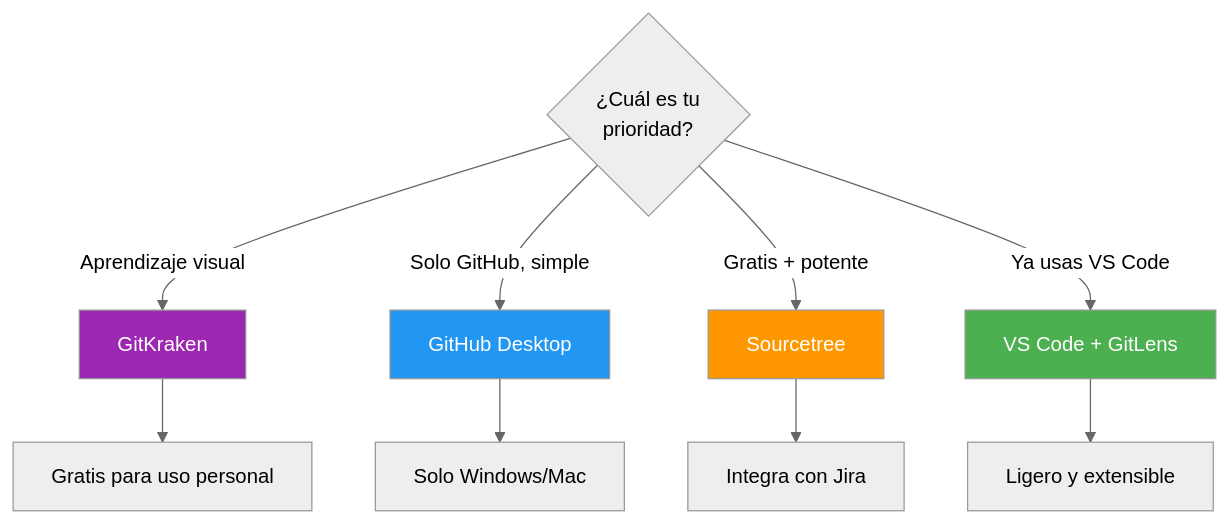
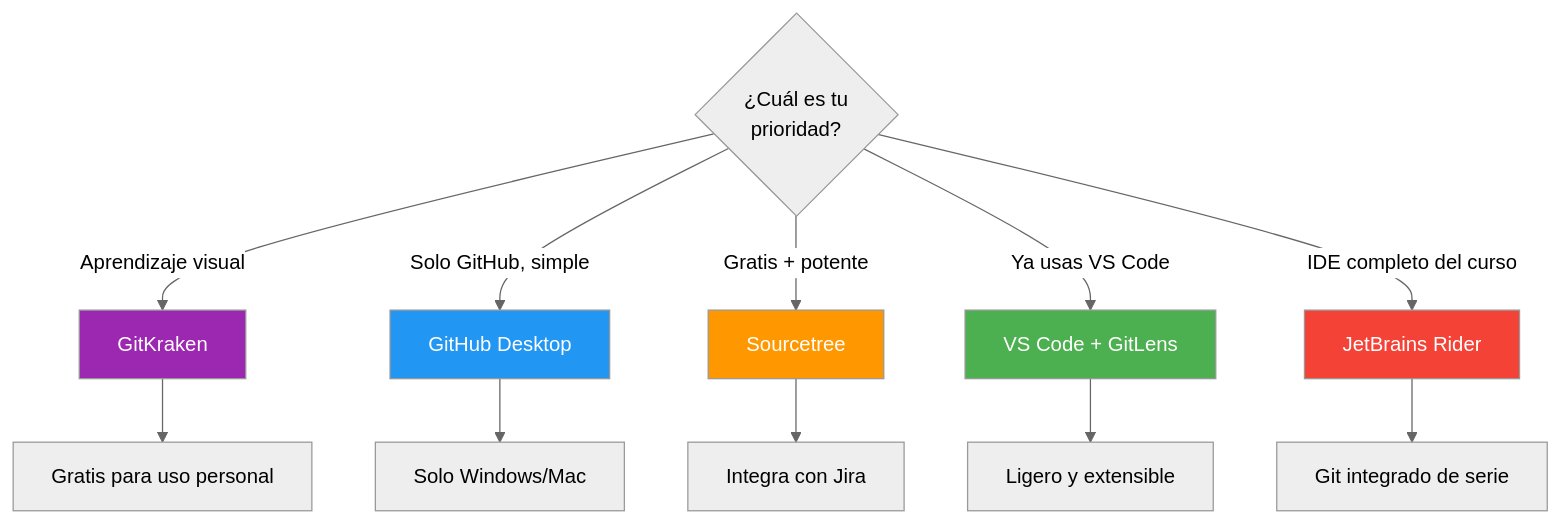
Before and after one commit to joseluisgs/EntornosDesarrollo-03-2026-2027: the first of 5 diagrams in 05-herramientas.md, drawn with Mermaid (neutral theme). The commit also changed other lines of this file and 31 other files, not shown here.

Commit message:
[docs] UD03: Ampliar el punto 5 de Herramientas con capturas de GitKraken, VS Code y Rider

````diff
--- a/05-herramientas.md
+++ b/05-herramientas.md
@@ -148,18 +332,21 @@
 ```mermaid
 flowchart TD
     A{¿Cuál es tu<br/>prioridad?}
     A -->|Aprendizaje visual| B[GitKraken]
     A -->|Solo GitHub, simple| C[GitHub Desktop]
     A -->|Gratis + potente| D[Sourcetree]
     A -->|Ya usas VS Code| E[VS Code + GitLens]
+    A -->|IDE completo del curso| J[JetBrains Rider]
 
     B --> F[Gratis para uso personal]
     C --> G[Solo Windows/Mac]
     D --> H[Integra con Jira]
     E --> I[Ligero y extensible]
+    J --> K[Git integrado de serie]
 
     style B fill:#9C27B0,color:#fff
     style C fill:#2196F3,color:#fff
     style D fill:#FF9800,color:#fff
     style E fill:#4CAF50,color:#fff
+    style J fill:#f44336,color:#fff
 ```
````
